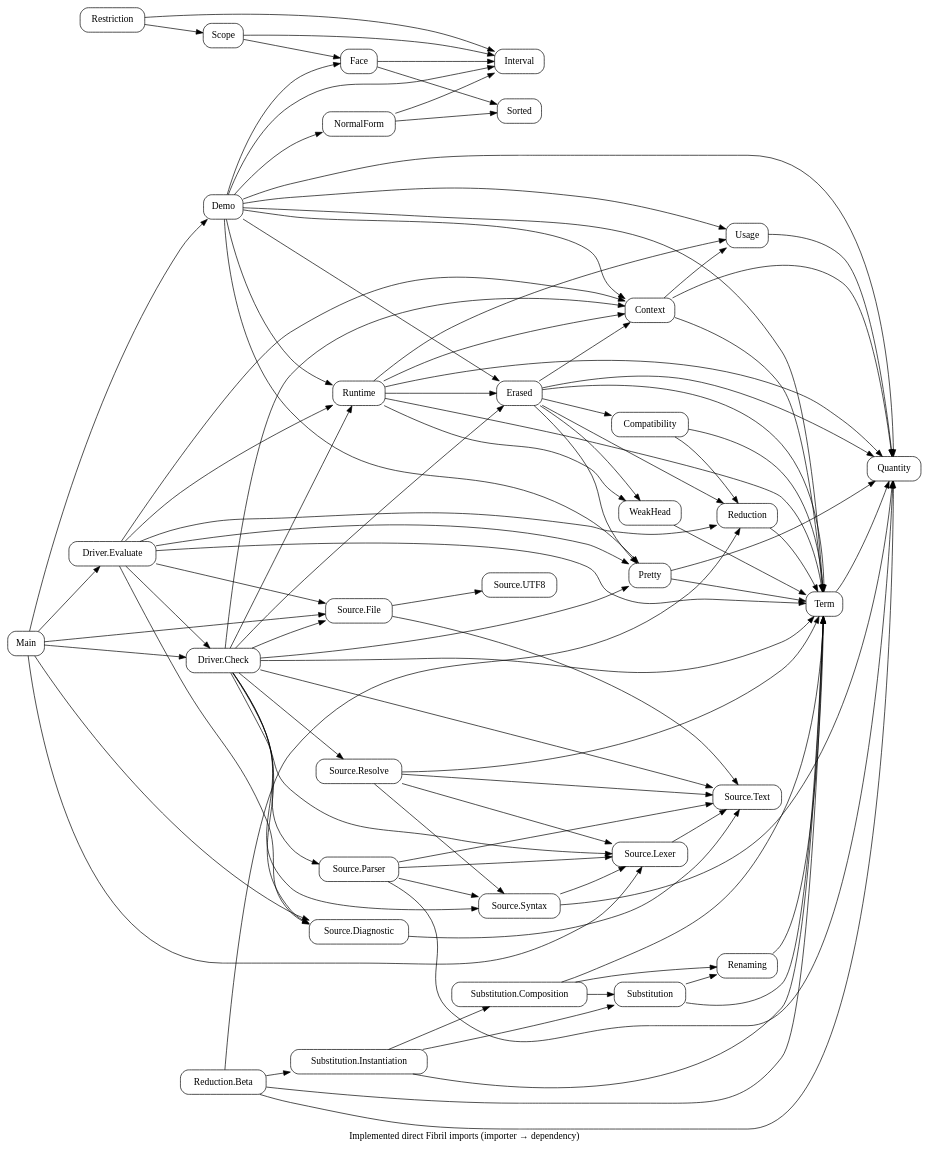
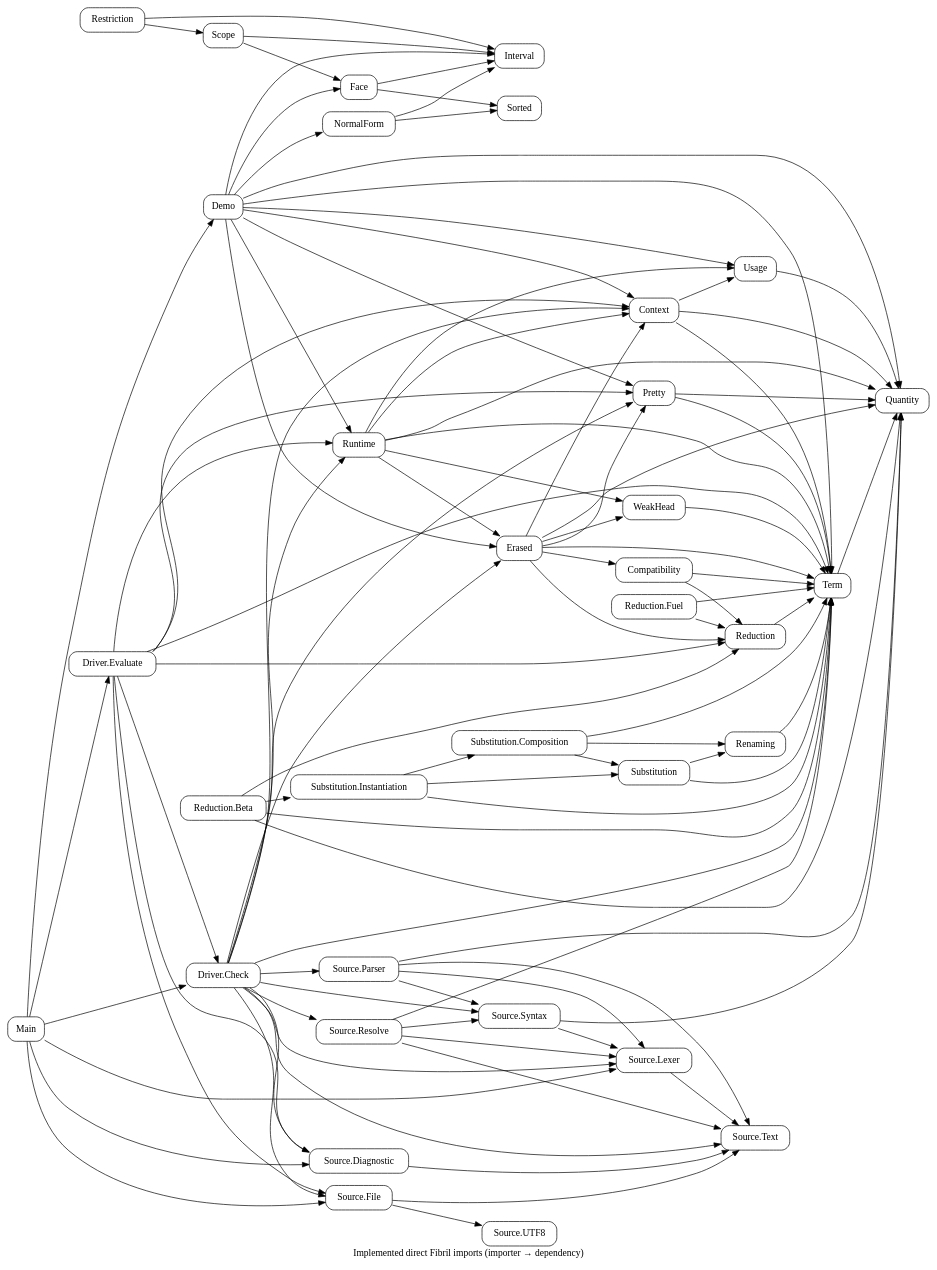
The diagram in docs/diagrams/modules.dot (odunboye/fibril), drawn with Graphviz before and after one commit. The commit also changed 19 other files, not shown here.

```diff
--- a/docs/diagrams/modules.dot
+++ b/docs/diagrams/modules.dot
@@ -1,30 +1,31 @@
 digraph Modules {
 rankdir=LR; node [shape=box,style=rounded];
 "Source.File" -> {"Source.UTF8" "Source.Text"};
 Main -> {"Source.File" "Source.Lexer" "Source.Diagnostic"};
 "Source.Diagnostic" -> "Source.Text";
 "Source.Lexer" -> "Source.Text";
 "Source.Syntax" -> {Quantity "Source.Lexer"};
 "Source.Parser" -> {Quantity "Source.Text" "Source.Lexer" "Source.Syntax"};
 "Source.Resolve" -> {Term "Source.Text" "Source.Lexer" "Source.Syntax"};
 "Driver.Check" -> {"Source.Text" "Source.Lexer" "Source.Syntax" "Source.Parser" "Source.Resolve" "Source.File" "Source.Diagnostic" Term Context Pretty Erased Runtime};
 Main -> {"Driver.Check" "Driver.Evaluate"};
 "Driver.Evaluate" -> {Context Term Pretty Reduction Runtime "Source.File" "Source.Diagnostic" "Driver.Check"};
 Quantity; Interval; NormalForm; Face; Scope; Restriction; Term;
 NormalForm -> {Interval Sorted}; Face -> {Interval Sorted};
 Scope -> {Interval Face}; Restriction -> {Interval Scope};
 Demo -> {Quantity Term Context Usage Pretty Erased Runtime Interval NormalForm Face};
 Main -> Demo;
 Pretty -> {Quantity Term};
 Term -> Quantity; Usage -> Quantity; Context -> {Quantity Term Usage};
 Reduction -> Term; WeakHead -> Term;
 Compatibility -> {Term Reduction};
 Renaming -> Term;
 Substitution -> {Term Renaming};
 "Substitution.Composition" -> {Term Renaming Substitution};
 "Substitution.Instantiation" -> {Term Substitution "Substitution.Composition"};
 "Reduction.Beta" -> {Quantity Term Reduction "Substitution.Instantiation"};
+"Reduction.Fuel" -> {Term Reduction};
 Erased -> {Quantity Term Pretty Context Compatibility WeakHead Reduction};
 Runtime -> {Quantity Term Context Usage WeakHead Erased};
 label="Implemented direct Fibril imports (importer → dependency)";
 }
```
